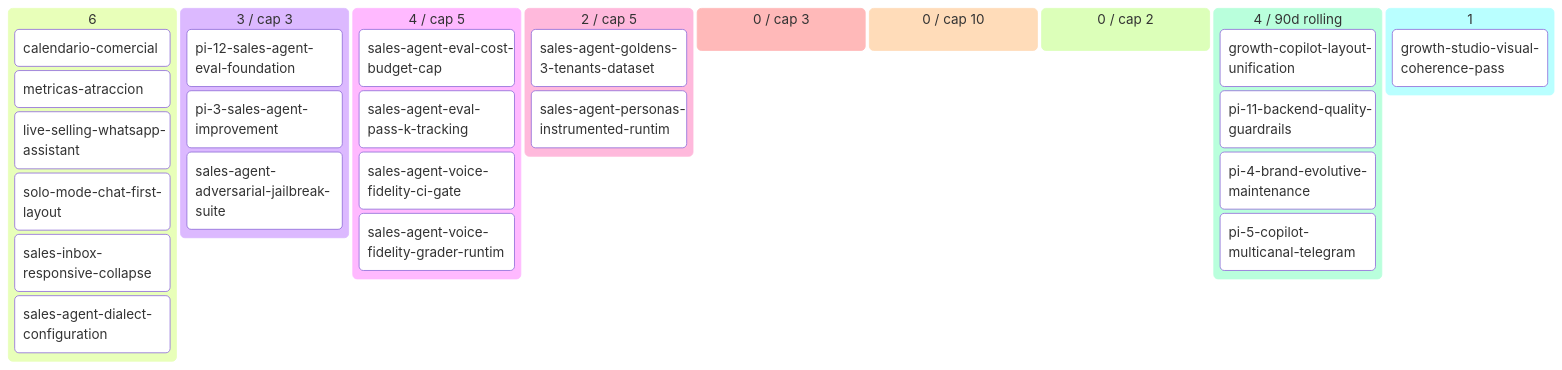
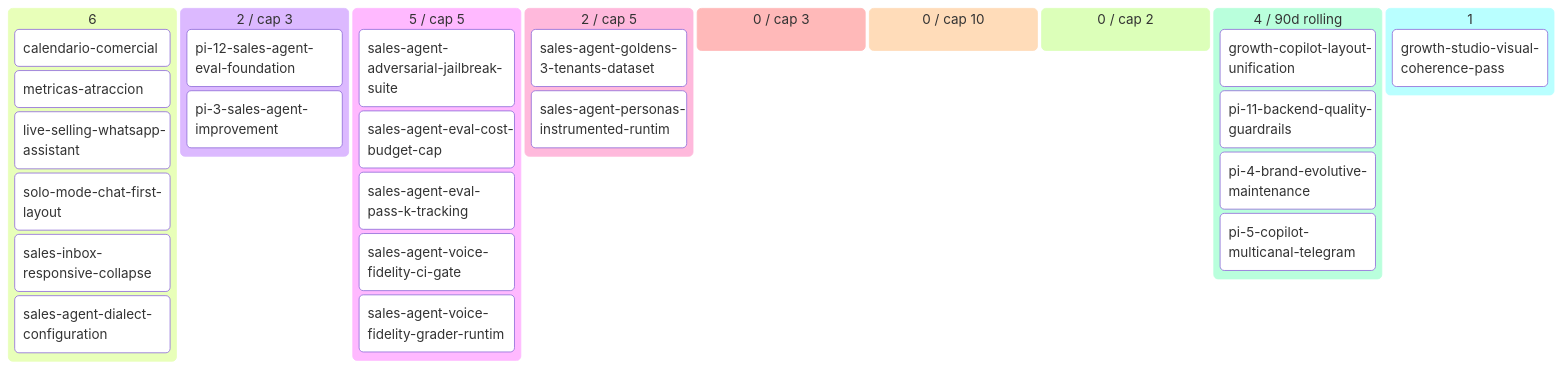
One commit to alpacapurpura/ap_sales_agent changed the diagram in docs/product/BACKLOG.md. Above: the diagram before and after it, drawn with Mermaid. The commit also changed other lines of this file and 7 other files, not shown here.

````diff
--- a/docs/product/BACKLOG.md
+++ b/docs/product/BACKLOG.md
@@ -56,32 +56,32 @@
 ```mermaid
 kanban
   💡 Ideas (6)
     calendario-comercial[calendario-comercial]
     metricas-atraccion[metricas-atraccion]
     live-selling-whatsapp-assistan[live-selling-whatsapp-assistant]
     solo-mode-chat-first-layout[solo-mode-chat-first-layout]
     sales-inbox-responsive-collaps[sales-inbox-responsive-collapse]
     sales-agent-dialect-configurat[sales-agent-dialect-configuration]
-  🔬 Refining (3 / cap 3)
+  🔬 Refining (2 / cap 3)
     pi-12-sales-agent-eval-foundat[pi-12-sales-agent-eval-foundation]
     pi-3-sales-agent-improvement[pi-3-sales-agent-improvement]
+  ✅ Refined (5 / cap 5)
     sales-agent-adversarial-jailbr[sales-agent-adversarial-jailbreak-suite]
-  ✅ Refined (4 / cap 5)
     sales-agent-eval-cost-budget-c[sales-agent-eval-cost-budget-cap]
     sales-agent-eval-pass-k-tracki[sales-agent-eval-pass-k-tracking]
     sales-agent-voice-fidelity-ci-[sales-agent-voice-fidelity-ci-gate]
     sales-agent-voice-fidelity-gra[sales-agent-voice-fidelity-grader-runtim]
   📦 Ready (2 / cap 5)
     sales-agent-goldens-3-tenants-[sales-agent-goldens-3-tenants-dataset]
     sales-agent-personas-instrumen[sales-agent-personas-instrumented-runtim]
   🔨 Developing (0 / cap 3)
   🧪 Developed (0 / cap 10)
   🔍 Reviewing (0 / cap 2)
   ✅ Done (4 / 90d rolling)
     growth-copilot-layout-unificat[growth-copilot-layout-unification]
     pi-11-backend-quality-guardrai[pi-11-backend-quality-guardrails]
     pi-4-brand-evolutive-maintenan[pi-4-brand-evolutive-maintenance]
     pi-5-copilot-multicanal-telegr[pi-5-copilot-multicanal-telegram]
   🅿 Parked (1)
     growth-studio-visual-coherence[growth-studio-visual-coherence-pass]
 ```
````
